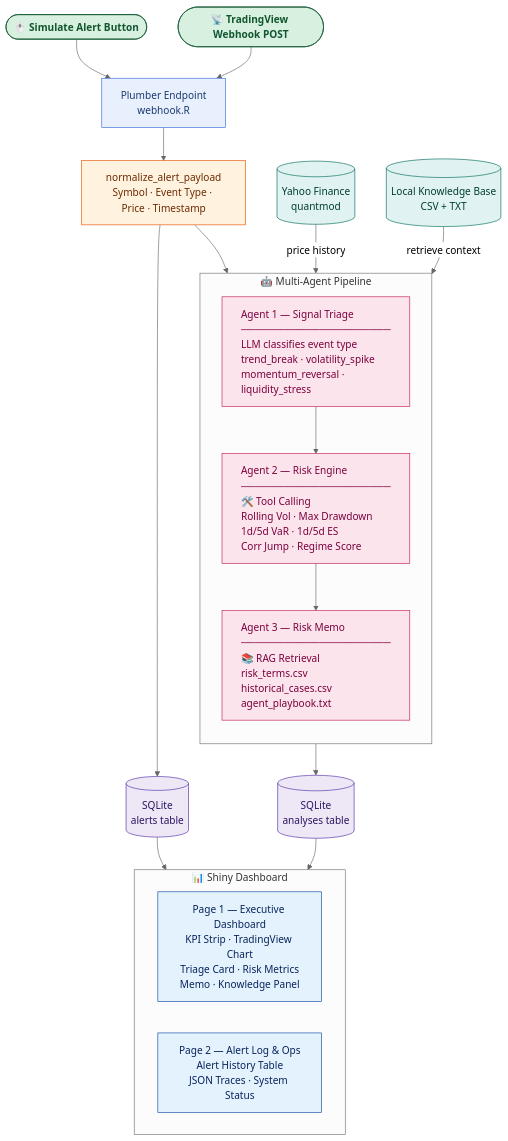
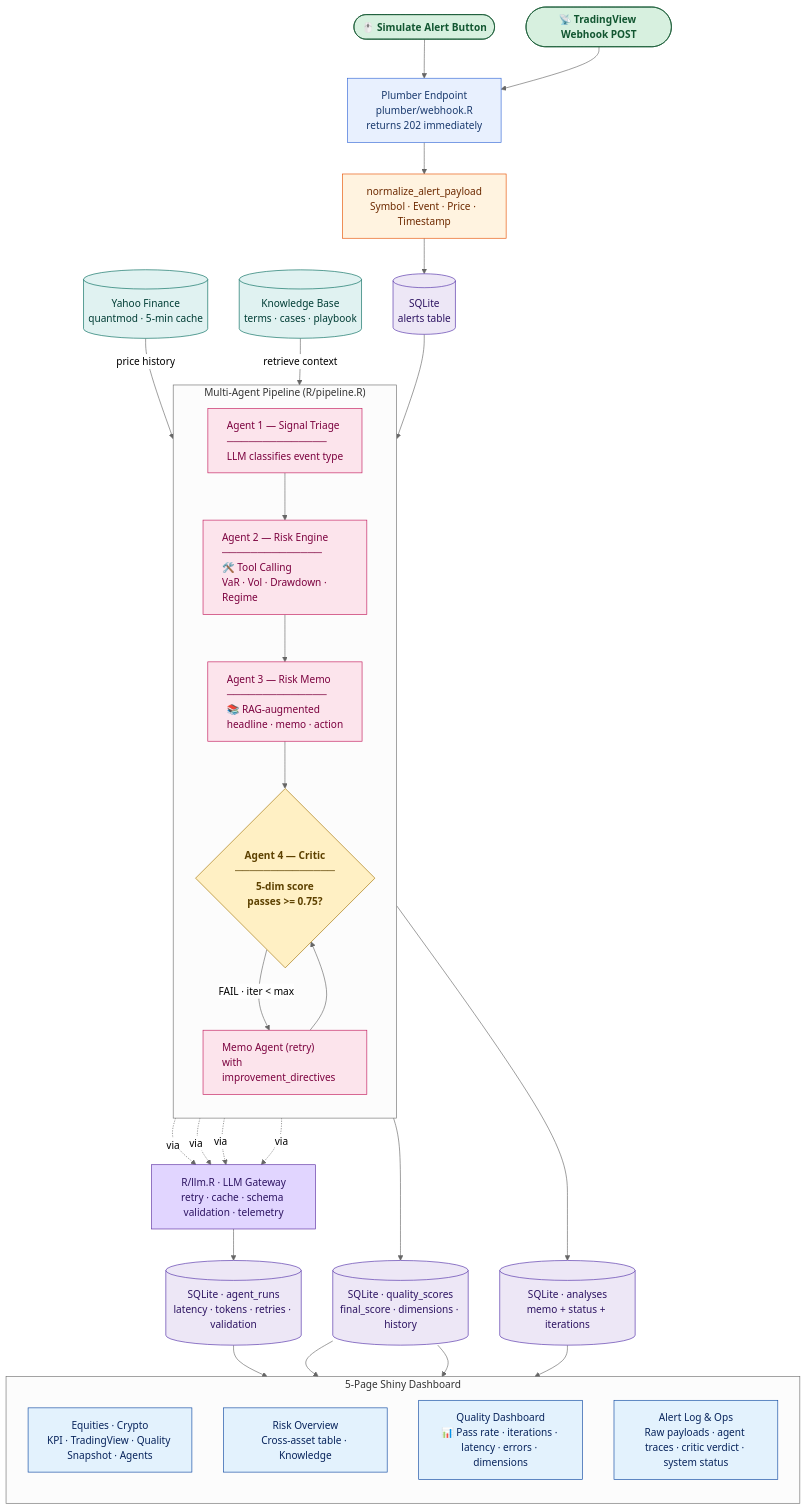
One commit to yw2877/5381-APP-Tool changed the diagram in docs/process_diagram.md. Above: the diagram before and after it, drawn with Mermaid (neutral theme). The commit also changed other lines of this file and 32 other files, not shown here.

````diff
--- a/docs/process_diagram.md
+++ b/docs/process_diagram.md
@@ -5,62 +5,79 @@
 ```mermaid
 flowchart TD
     %% Input Layer
     A1([🖱️ Simulate Alert Button]):::input
     A2([📡 TradingView Webhook POST]):::input
 
     %% Ingestion
-    B[Plumber Endpoint\nwebhook.R]:::infra
-    C[normalize_alert_payload\nSymbol · Event Type · Price · Timestamp]:::proc
+    B[Plumber Endpoint<br/>plumber/webhook.R<br/>returns 202 immediately]:::infra
+    C[normalize_alert_payload<br/>Symbol · Event · Price · Timestamp]:::proc
 
     %% Storage 1
-    D[(SQLite\nalerts table)]:::db
+    D[(SQLite<br/>alerts table)]:::db
 
-    %% Agent Pipeline
-    subgraph AGENTS ["🤖  Multi-Agent Pipeline  "]
+    %% LLM Gateway
+    GW[R/llm.R · LLM Gateway<br/>retry · cache · schema validation · telemetry]:::gw
+
+    %% Agent Pipeline with Critic Loop
+    subgraph PIPE [" Multi-Agent Pipeline (R/pipeline.R) "]
         direction TB
-        E["Agent 1 — Signal Triage\n─────────────────────\nLLM classifies event type\ntrend_break · volatility_spike\nmomentum_reversal · liquidity_stress"]:::agent
+        E["Agent 1 — Signal Triage<br/>──────────────<br/>LLM classifies event type"]:::agent
+        F["Agent 2 — Risk Engine<br/>──────────────<br/>🛠️ Tool Calling<br/>VaR · Vol · Drawdown · Regime"]:::agent
+        G["Agent 3 — Risk Memo<br/>──────────────<br/>📚 RAG-augmented<br/>headline · memo · action"]:::agent
+        K{"Agent 4 — Critic<br/>──────────────<br/>5-dim score<br/>passes >= 0.75?"}:::critic
+        L["Memo Agent (retry)<br/>with improvement_directives"]:::agent
 
-        F["Agent 2 — Risk Engine\n─────────────────────\n🛠️ Tool Calling\nRolling Vol · Max Drawdown\n1d/5d VaR · 1d/5d ES\nCorr Jump · Regime Score"]:::agent
-
-        G["Agent 3 — Risk Memo\n─────────────────────\n📚 RAG Retrieval\nrisk_terms.csv\nhistorical_cases.csv\nagent_playbook.txt"]:::agent
-
-        E --> F --> G
+        E --> F --> G --> K
+        K -- "FAIL · iter < max" --> L
+        L --> K
     end
 
-    %% Market Data
-    MD[(Yahoo Finance\nquantmod)]:::ext
-
-    %% Knowledge Base
-    KB[(Local Knowledge Base\nCSV + TXT)]:::ext
+    %% External
+    MD[(Yahoo Finance<br/>quantmod · 5-min cache)]:::ext
+    KB[(Knowledge Base<br/>terms · cases · playbook)]:::ext
 
     %% Storage 2
-    H[(SQLite\nanalyses table)]:::db
+    H[(SQLite · analyses<br/>memo + status + iterations)]:::db
+    I[(SQLite · agent_runs<br/>latency · tokens · retries · validation)]:::db
+    J[(SQLite · quality_scores<br/>final_score · dimensions · history)]:::db
 
     %% Dashboard
-    subgraph UI ["📊  Shiny Dashboard  "]
-        direction LR
-        P1["Page 1 — Executive Dashboard\nKPI Strip · TradingView Chart\nTriage Card · Risk Metrics\nMemo · Knowledge Panel"]:::ui
-        P2["Page 2 — Alert Log & Ops\nAlert History Table\nJSON Traces · System Status"]:::ui
+    subgraph UI [" 5-Page Shiny Dashboard "]
+        direction TB
+        P1["Equities · Crypto<br/>KPI · TradingView · Quality Snapshot · Agents"]:::ui
+        P2["Risk Overview<br/>Cross-asset table · Knowledge"]:::ui
+        P3["Quality Dashboard<br/>📊 Pass rate · iterations · latency · errors · dimensions"]:::ui
+        P4["Alert Log & Ops<br/>Raw payloads · agent traces · critic verdict · system status"]:::ui
     end
 
     %% Connections
     A1 --> B
     A2 --> B
-    B --> C
-    C --> D
-    C --> AGENTS
+    B  --> C
+    C  --> D
+    D  --> PIPE
+    E  -. via .-> GW
+    G  -. via .-> GW
+    K  -. via .-> GW
+    L  -. via .-> GW
+    GW --> I
     MD -->|price history| F
     KB -->|retrieve context| G
-    AGENTS --> H
-    H --> UI
-    D --> P2
+    PIPE --> H
+    K --> J
+    H  --> UI
+    I  --> P3
+    J  --> P3
+    J  --> P1
 
     %% Styles
     classDef input    fill:#d7f0df,stroke:#125631,color:#125631,font-weight:bold
     classDef infra    fill:#e8f0fe,stroke:#3367d6,color:#1a3a6e
     classDef proc     fill:#fff3e0,stroke:#e65100,color:#6d2a00
     classDef agent    fill:#fce4ec,stroke:#c2185b,color:#7b003e,text-align:left
+    classDef critic   fill:#fff0c4,stroke:#a37200,color:#5d4100,font-weight:bold
+    classDef gw       fill:#e1d5ff,stroke:#5a2ca0,color:#2d1462
     classDef db       fill:#ede7f6,stroke:#512da8,color:#2d1462
     classDef ext      fill:#e0f2f1,stroke:#00695c,color:#003d35
     classDef ui       fill:#e3f2fd,stroke:#0d47a1,color:#08245c
 ```
````
